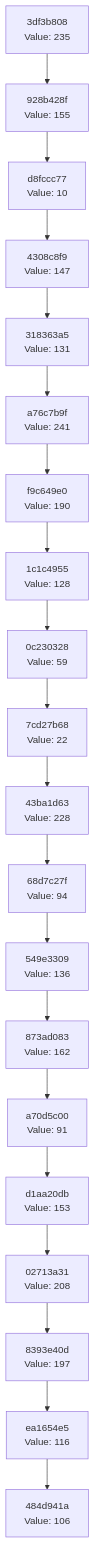
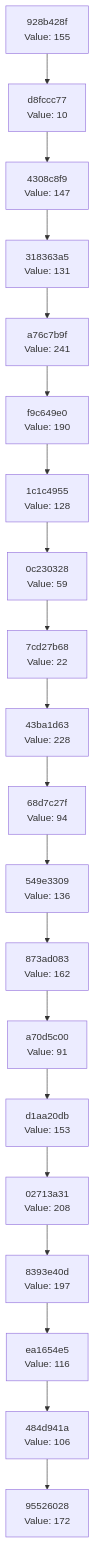
One commit to Abhisheksinha1506/hash-chain-evolver changed the diagram in docs/CHAIN_VISUALIZATION.md. Above: the diagram before and after it, drawn with Mermaid. The commit also changed 2 other files, not shown here.

Commit message:
Evolution step: hash 0xAC → action executed

````diff
--- a/docs/CHAIN_VISUALIZATION.md
+++ b/docs/CHAIN_VISUALIZATION.md
@@ -3,42 +3,42 @@
 ```mermaid
 graph TD
-    C0["484d941a<br/>Value: 106"]
-    C1["ea1654e5<br/>Value: 116"]
+    C0["95526028<br/>Value: 172"]
+    C1["484d941a<br/>Value: 106"]
     C1 --> C0
-    C2["8393e40d<br/>Value: 197"]
+    C2["ea1654e5<br/>Value: 116"]
     C2 --> C1
-    C3["02713a31<br/>Value: 208"]
+    C3["8393e40d<br/>Value: 197"]
     C3 --> C2
-    C4["d1aa20db<br/>Value: 153"]
+    C4["02713a31<br/>Value: 208"]
     C4 --> C3
-    C5["a70d5c00<br/>Value: 91"]
+    C5["d1aa20db<br/>Value: 153"]
     C5 --> C4
-    C6["873ad083<br/>Value: 162"]
+    C6["a70d5c00<br/>Value: 91"]
     C6 --> C5
-    C7["549e3309<br/>Value: 136"]
+    C7["873ad083<br/>Value: 162"]
     C7 --> C6
-    C8["68d7c27f<br/>Value: 94"]
+    C8["549e3309<br/>Value: 136"]
     C8 --> C7
-    C9["43ba1d63<br/>Value: 228"]
+    C9["68d7c27f<br/>Value: 94"]
     C9 --> C8
-    C10["7cd27b68<br/>Value: 22"]
+    C10["43ba1d63<br/>Value: 228"]
     C10 --> C9
-    C11["0c230328<br/>Value: 59"]
+    C11["7cd27b68<br/>Value: 22"]
     C11 --> C10
-    C12["1c1c4955<br/>Value: 128"]
+    C12["0c230328<br/>Value: 59"]
     C12 --> C11
-    C13["f9c649e0<br/>Value: 190"]
+    C13["1c1c4955<br/>Value: 128"]
     C13 --> C12
-    C14["a76c7b9f<br/>Value: 241"]
+    C14["f9c649e0<br/>Value: 190"]
     C14 --> C13
-    C15["318363a5<br/>Value: 131"]
+    C15["a76c7b9f<br/>Value: 241"]
     C15 --> C14
-    C16["4308c8f9<br/>Value: 147"]
+    C16["318363a5<br/>Value: 131"]
     C16 --> C15
-    C17["d8fccc77<br/>Value: 10"]
+    C17["4308c8f9<br/>Value: 147"]
     C17 --> C16
-    C18["928b428f<br/>Value: 155"]
+    C18["d8fccc77<br/>Value: 10"]
     C18 --> C17
-    C19["3df3b808<br/>Value: 235"]
+    C19["928b428f<br/>Value: 155"]
     C19 --> C18
 ```
````
